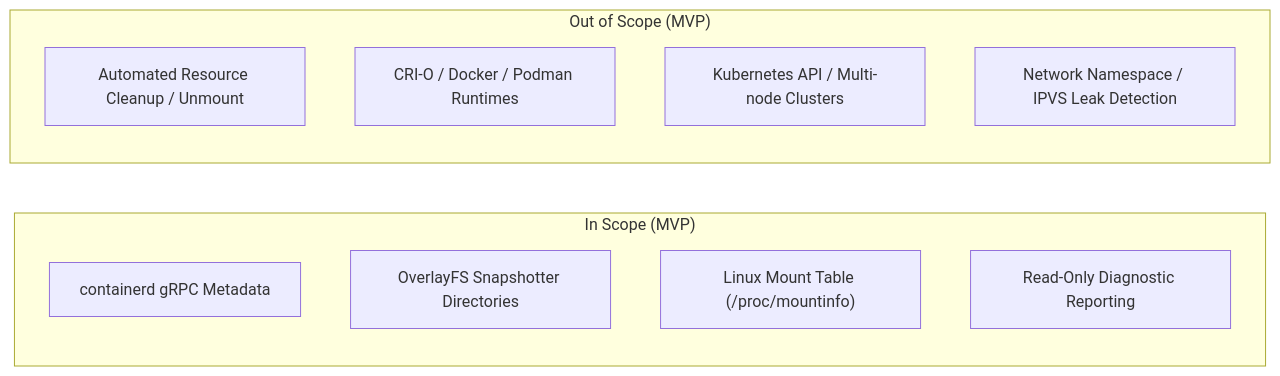
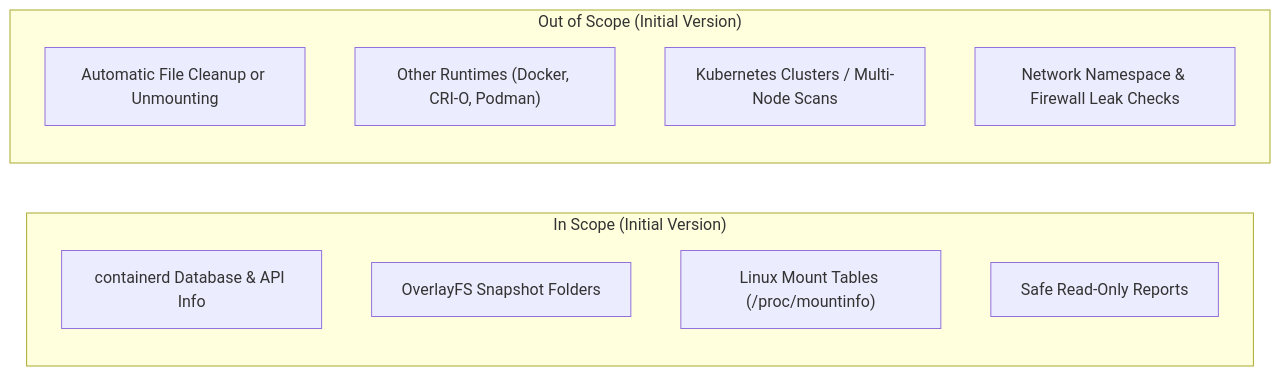
The diagram in docs/scope-and-requirements.md (drumilbhati/container-hunter), drawn with Mermaid before and after one commit. The commit also changed other lines of this file and 2 other files, not shown here.

````diff
--- a/docs/scope-and-requirements.md
+++ b/docs/scope-and-requirements.md
@@ -18,16 +18,16 @@
 ```mermaid
 flowchart LR
-    subgraph InScope["In Scope (MVP)"]
-        A1["containerd gRPC Metadata"]
-        A2["OverlayFS Snapshotter Directories"]
-        A3["Linux Mount Table (/proc/mountinfo)"]
-        A4["Read-Only Diagnostic Reporting"]
+    subgraph InScope["In Scope (Initial Version)"]
+        A1["containerd Database & API Info"]
+        A2["OverlayFS Snapshot Folders"]
+        A3["Linux Mount Tables (/proc/mountinfo)"]
+        A4["Safe Read-Only Reports"]
     end
     
-    subgraph OutOfScope["Out of Scope (MVP)"]
-        B1["Automated Resource Cleanup / Unmount"]
-        B2["CRI-O / Docker / Podman Runtimes"]
-        B3["Kubernetes API / Multi-node Clusters"]
-        B4["Network Namespace / IPVS Leak Detection"]
+    subgraph OutOfScope["Out of Scope (Initial Version)"]
+        B1["Automatic File Cleanup or Unmounting"]
+        B2["Other Runtimes (Docker, CRI-O, Podman)"]
+        B3["Kubernetes Clusters / Multi-Node Scans"]
+        B4["Network Namespace & Firewall Leak Checks"]
     end
 ```
````
